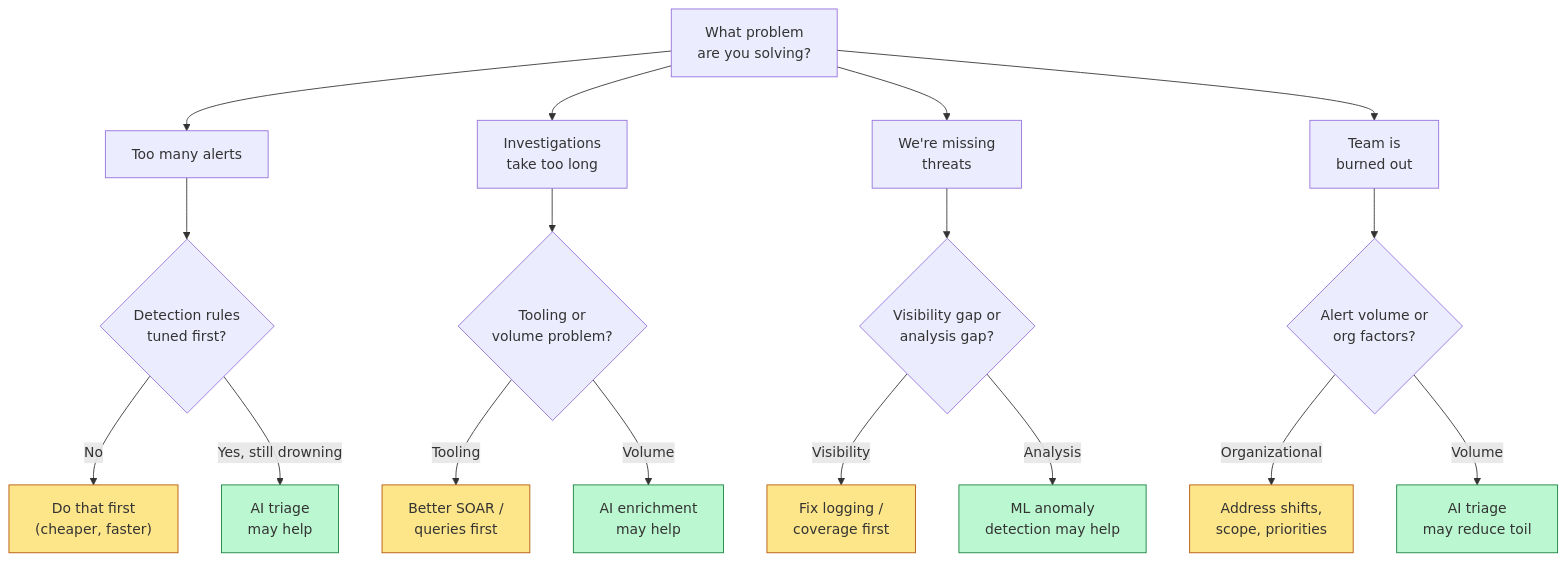
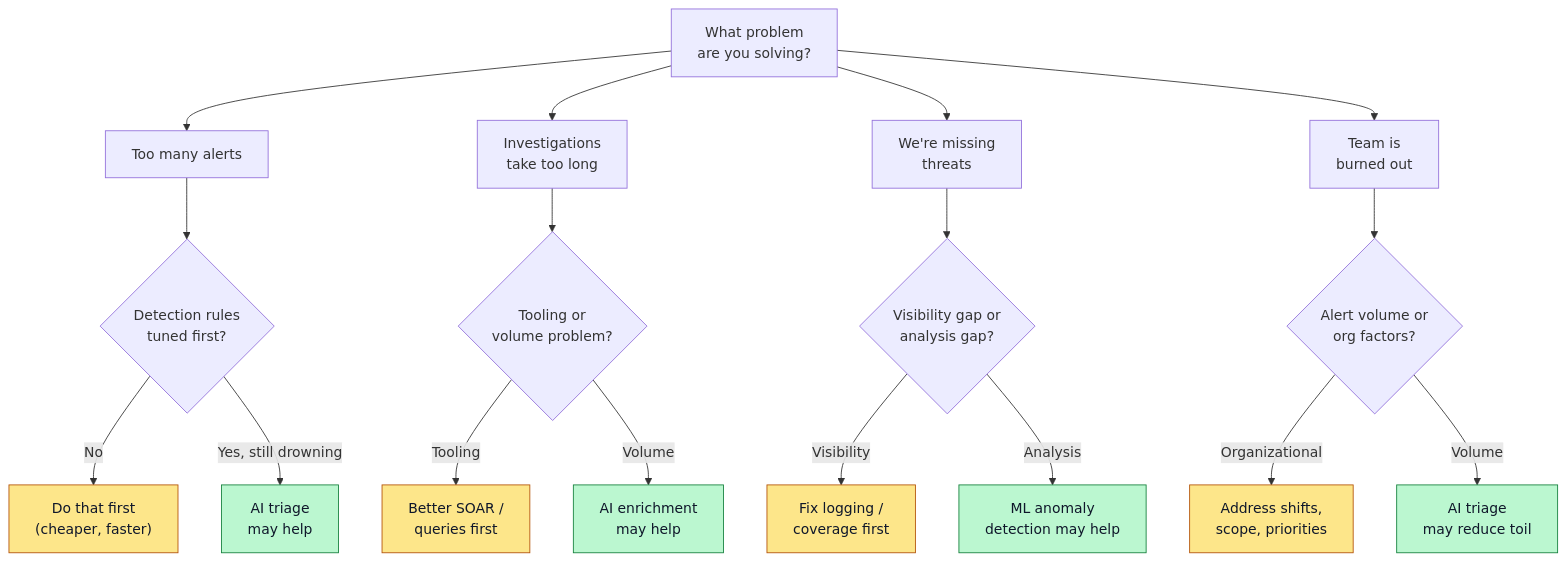
Before and after one commit to depalmar/ai_for_the_win: the first of 4 diagrams in docs/guides/ai-for-security-leaders.md, drawn with Mermaid. The commit also changed other lines of this file, not shown here.

Commit message:
docs: fix cost-example token math + Mermaid dark-mode legibility (#271)

````diff
--- a/docs/guides/ai-for-security-leaders.md
+++ b/docs/guides/ai-for-security-leaders.md
@@ -60,29 +60,29 @@
 ```mermaid
 flowchart TD
     START["What problem<br/>are you solving?"]
     START --> A["Too many alerts"]
     START --> B["Investigations<br/>take too long"]
     START --> C["We're missing<br/>threats"]
     START --> D["Team is<br/>burned out"]
 
     A --> A1{"Detection rules<br/>tuned first?"}
     A1 -->|No| A2["Do that first<br/>(cheaper, faster)"]
     A1 -->|"Yes, still drowning"| A3["AI triage<br/>may help"]
 
     B --> B1{"Tooling or<br/>volume problem?"}
     B1 -->|Tooling| B2["Better SOAR /<br/>queries first"]
     B1 -->|Volume| B3["AI enrichment<br/>may help"]
 
     C --> C1{"Visibility gap or<br/>analysis gap?"}
     C1 -->|Visibility| C2["Fix logging /<br/>coverage first"]
     C1 -->|Analysis| C3["ML anomaly<br/>detection may help"]
 
     D --> D1{"Alert volume or<br/>org factors?"}
     D1 -->|Organizational| D2["Address shifts,<br/>scope, priorities"]
     D1 -->|Volume| D3["AI triage<br/>may reduce toil"]
 
-    classDef ai fill:#bbf7d0,stroke:#15803d;
-    classDef first fill:#fde68a,stroke:#b45309;
+    classDef ai fill:#bbf7d0,stroke:#15803d,color:#0f172a;
+    classDef first fill:#fde68a,stroke:#b45309,color:#0f172a;
     class A3,B3,C3,D3 ai;
     class A2,B2,C2,D2 first;
 ```
````
